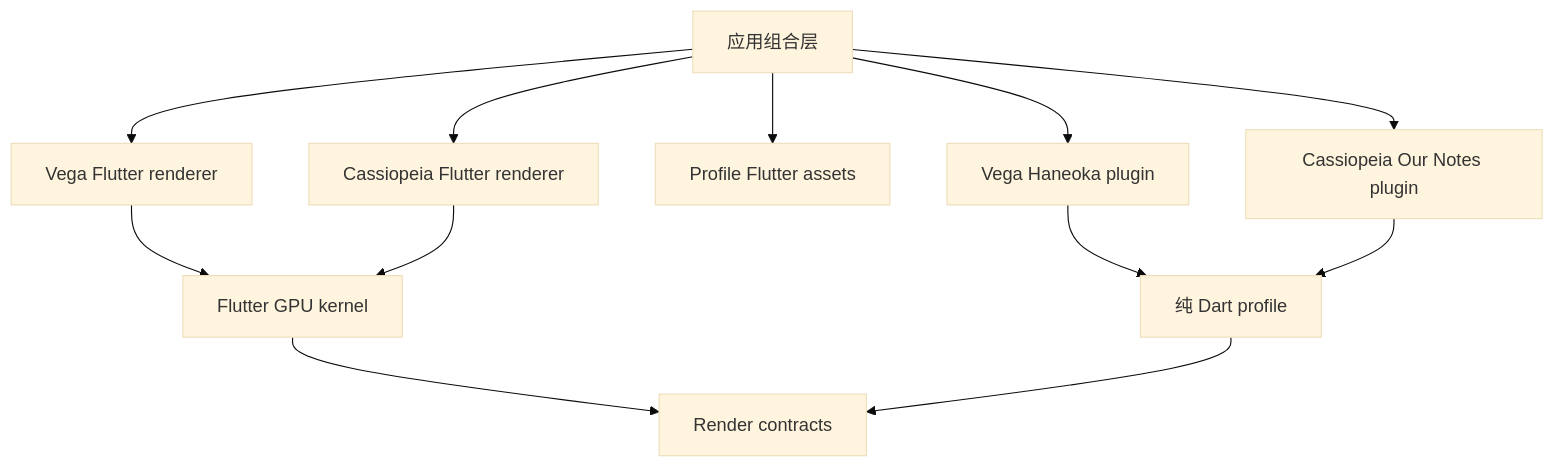
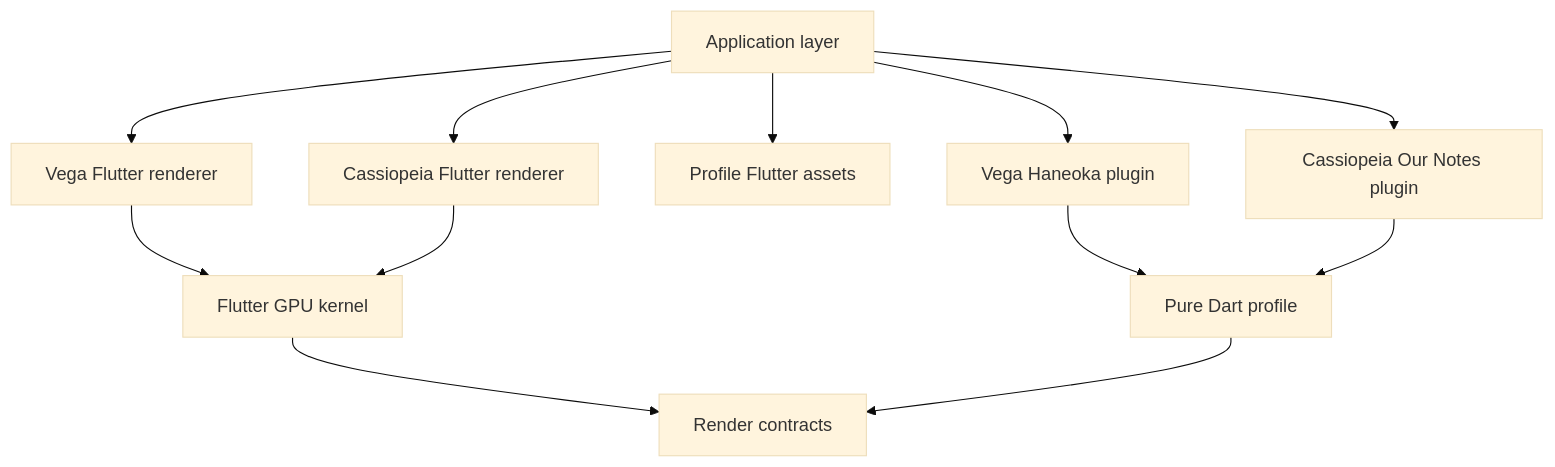
Before and after one commit to haneoka-gakuen/haneoka-render-profile: the diagram in README.md, drawn with Mermaid (base theme). The commit also changed other lines of this file, not shown here.

````diff
--- a/README.md
+++ b/README.md
@@ -7,14 +7,14 @@
 ```mermaid
 flowchart TD
-    App[应用组合层] --> Vega[Vega Flutter renderer]
+    App[Application layer] --> Vega[Vega Flutter renderer]
     App --> Cass[Cassiopeia Flutter renderer]
     Vega --> Kernel[Flutter GPU kernel]
     Cass --> Kernel
     Kernel --> Contracts[Render contracts]
     App --> Assets[Profile Flutter assets]
     App --> GameVega[Vega Haneoka plugin]
     App --> GameCass[Cassiopeia Our Notes plugin]
-    GameVega --> Profile[纯 Dart profile]
+    GameVega --> Profile[Pure Dart profile]
     GameCass --> Profile
     Profile --> Contracts
 ```
````
